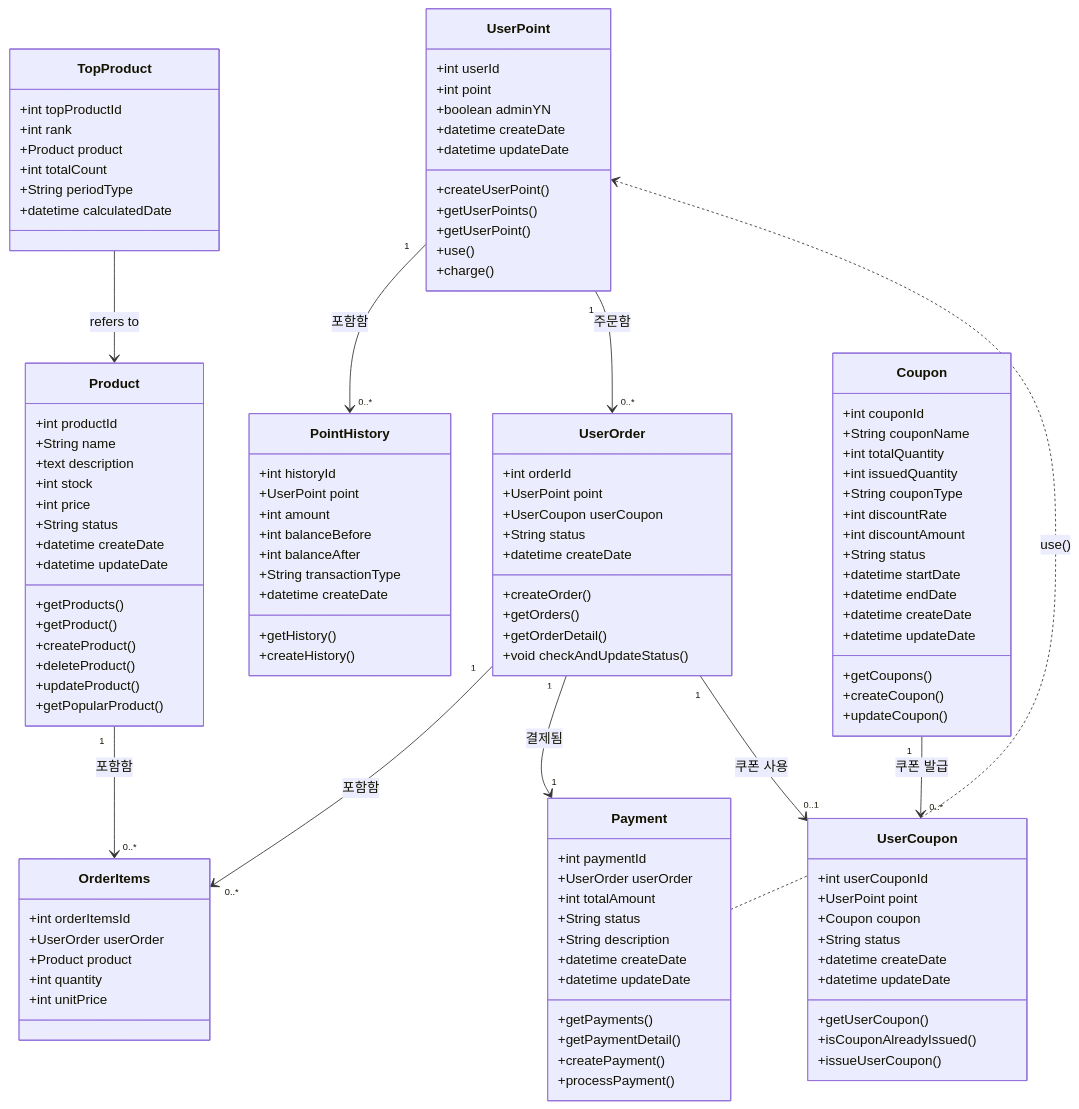
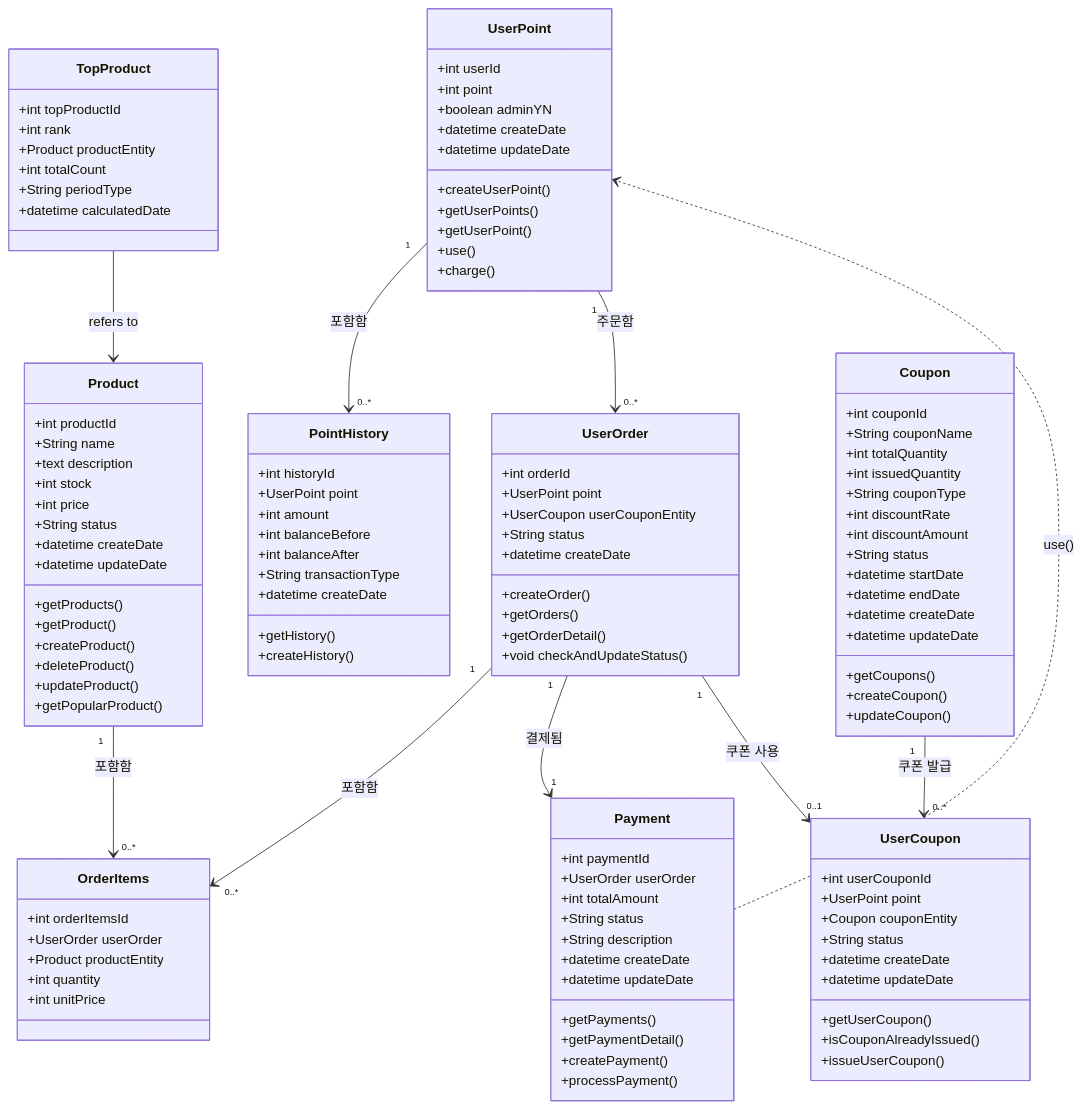
The diagram in docs/클래스 다이어그램.md (Park-ha-neul/hhplus-e-commerce), drawn with Mermaid before and after one commit. The commit also changed 139 other files, not shown here.

```diff
--- a/docs/클래스 다이어그램.md
+++ b/docs/클래스 다이어그램.md
@@ -30,7 +30,7 @@
   class UserOrder {
     +int orderId
     +UserPoint point
-    +UserCoupon userCoupon
+    +UserCoupon userCouponEntity
     +String status
     +datetime createDate
     +createOrder()
@@ -59,7 +59,7 @@
   class OrderItems {
     +int orderItemsId
     +UserOrder userOrder
-    +Product product
+    +Product productEntity
     +int quantity
     +int unitPrice
   }
@@ -99,7 +99,7 @@
   class UserCoupon {
     +int userCouponId
     +UserPoint point
-    +Coupon coupon
+    +Coupon couponEntity
     +String status
     +datetime createDate
     +datetime updateDate
@@ -111,7 +111,7 @@
   class TopProduct {
     +int topProductId
     +int rank
-    +Product product
+    +Product productEntity
     +int totalCount
     +String periodType
     +datetime calculatedDate
```
